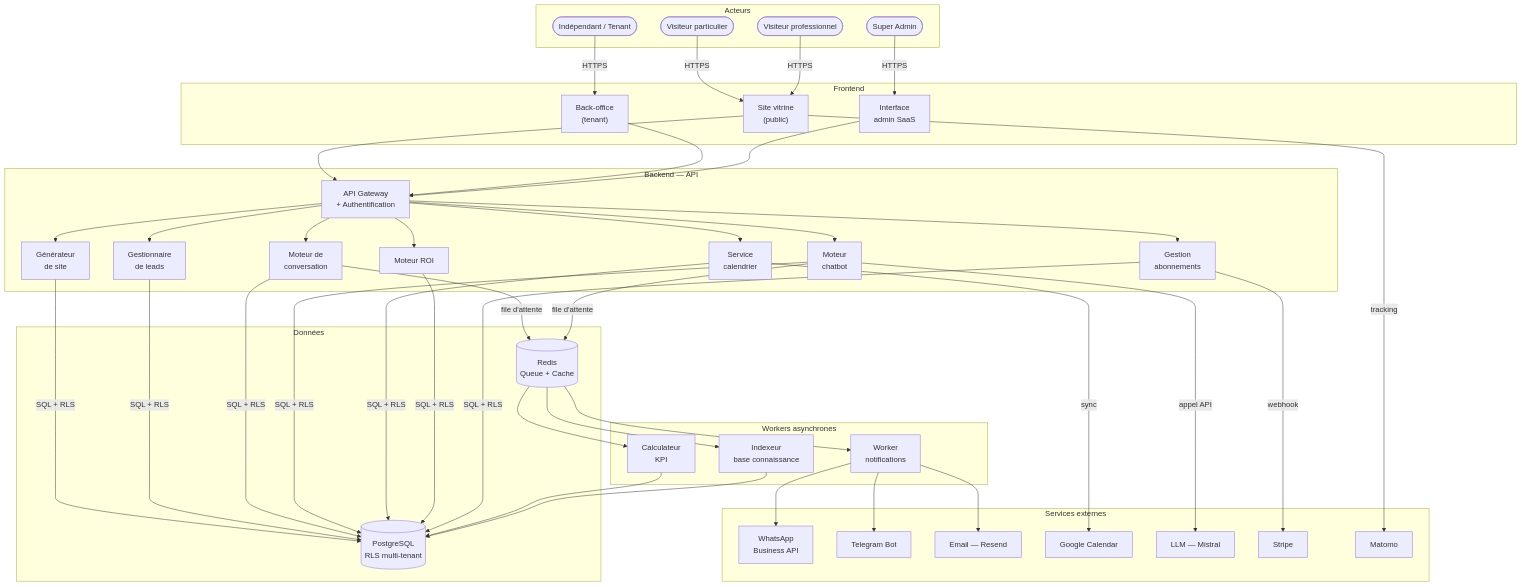
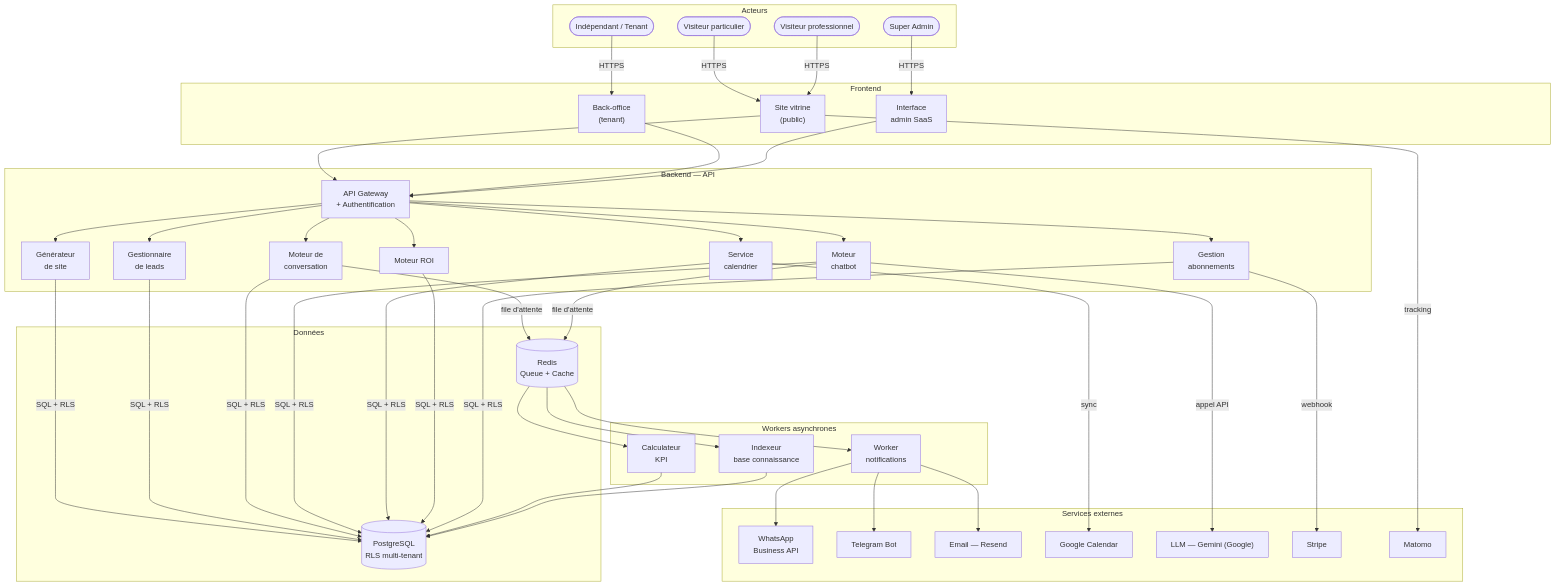
One commit to jordanDJI/muntu_saas changed the second of 3 diagrams in dossier-projet-saas.md. Above: the diagram before and after it, drawn with Mermaid. The commit also changed other lines of this file and 17 other files, not shown here.

````diff
--- a/dossier-projet-saas.md
+++ b/dossier-projet-saas.md
@@ -420,66 +440,66 @@
 ```mermaid
 graph TB
     subgraph ACTORS["Acteurs"]
         VB([Visiteur particulier])
         VP([Visiteur professionnel])
         IND([Indépendant / Tenant])
         SAD([Super Admin])
     end
 
     subgraph FRONTEND["Frontend"]
         SITE["Site vitrine\n(public)"]
         BO["Back-office\n(tenant)"]
         ADMIN["Interface\nadmin SaaS"]
     end
 
     subgraph BACKEND["Backend — API"]
         GW["API Gateway\n+ Authentification"]
         SGEN["Générateur\nde site"]
         LMGR["Gestionnaire\nde leads"]
         CONV["Moteur de\nconversation"]
         CHAT["Moteur\nchatbot"]
         CAL["Service\ncalendrier"]
         ROI["Moteur ROI"]
         SUB["Gestion\nabonnements"]
     end
 
     subgraph WORKERS["Workers asynchrones"]
         NOTIF["Worker\nnotifications"]
         KPIC["Calculateur\nKPI"]
         INDX["Indexeur\nbase connaissance"]
     end
 
     subgraph DATA["Données"]
         PG[("PostgreSQL\nRLS multi-tenant")]
         REDIS[("Redis\nQueue + Cache")]
     end
 
     subgraph EXT["Services externes"]
         WA["WhatsApp\nBusiness API"]
         TG["Telegram Bot"]
         MAIL["Email — Resend"]
         GCAL["Google Calendar"]
-        LLM["LLM — Mistral"]
+        LLM["LLM — Gemini (Google)"]
         STRIPE["Stripe"]
         ANALYTICS["Matomo"]
     end
 
     VB & VP -->|HTTPS| SITE
     IND -->|HTTPS| BO
     SAD -->|HTTPS| ADMIN
 
     SITE & BO & ADMIN --> GW
     GW --> SGEN & LMGR & CONV & CHAT & CAL & ROI & SUB
 
     CHAT -->|appel API| LLM
     CAL -->|sync| GCAL
     SUB -->|webhook| STRIPE
     SITE -->|tracking| ANALYTICS
 
     SGEN & LMGR & CONV & CHAT & CAL & ROI & SUB -->|SQL + RLS| PG
     CONV & CHAT -->|file d'attente| REDIS
 
     REDIS --> NOTIF & KPIC & INDX
     KPIC & INDX --> PG
     NOTIF --> WA & TG & MAIL
 ```
````
